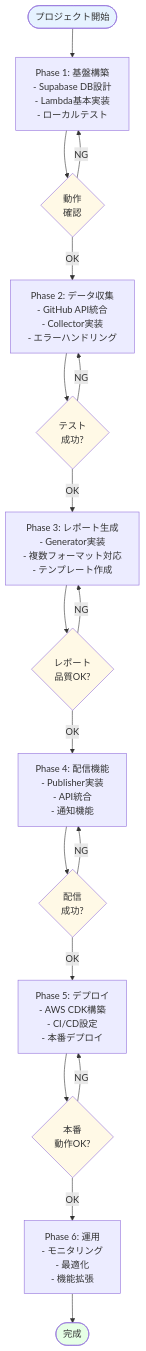
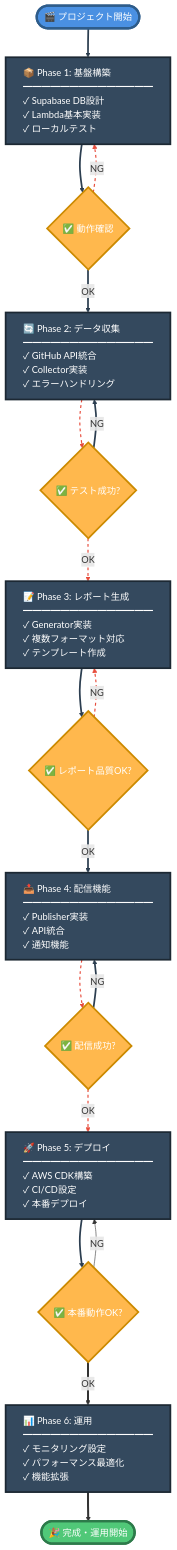
One commit to Gaku52/github-activity-aggregator changed the ninth of 9 diagrams in FLOW_DIAGRAMS.md. Above: the diagram before and after it, drawn with Mermaid. The commit also changed other lines of this file, not shown here.

First line of the commit message:
Improve flow diagrams with better visual design and clarity

````diff
--- a/FLOW_DIAGRAMS.md
+++ b/FLOW_DIAGRAMS.md
@@ -397,34 +734,73 @@
 ```mermaid
 graph TD
-    Start([プロジェクト開始]) --> Phase1[Phase 1: 基盤構築<br/>- Supabase DB設計<br/>- Lambda基本実装<br/>- ローカルテスト]
+    START([🎬 プロジェクト開始])
 
-    Phase1 --> Check1{動作<br/>確認}
-    Check1 -->|NG| Phase1
-    Check1 -->|OK| Phase2
+    %% Phase 1
+    P1[📦 Phase 1: 基盤構築<br/>━━━━━━━━━━━━━━<br/>✓ Supabase DB設計<br/>✓ Lambda基本実装<br/>✓ ローカルテスト]
+    C1{✅ 動作確認}
 
-    Phase2[Phase 2: データ収集<br/>- GitHub API統合<br/>- Collector実装<br/>- エラーハンドリング] --> Check2{テスト<br/>成功?}
-    Check2 -->|NG| Phase2
-    Check2 -->|OK| Phase3
+    %% Phase 2
+    P2[🔄 Phase 2: データ収集<br/>━━━━━━━━━━━━━━<br/>✓ GitHub API統合<br/>✓ Collector実装<br/>✓ エラーハンドリング]
+    C2{✅ テスト成功?}
 
-    Phase3[Phase 3: レポート生成<br/>- Generator実装<br/>- 複数フォーマット対応<br/>- テンプレート作成] --> Check3{レポート<br/>品質OK?}
-    Check3 -->|NG| Phase3
-    Check3 -->|OK| Phase4
+    %% Phase 3
+    P3[📝 Phase 3: レポート生成<br/>━━━━━━━━━━━━━━<br/>✓ Generator実装<br/>✓ 複数フォーマット対応<br/>✓ テンプレート作成]
+    C3{✅ レポート品質OK?}
 
-    Phase4[Phase 4: 配信機能<br/>- Publisher実装<br/>- API統合<br/>- 通知機能] --> Check4{配信<br/>成功?}
-    Check4 -->|NG| Phase4
-    Check4 -->|OK| Phase5
+    %% Phase 4
+    P4[📤 Phase 4: 配信機能<br/>━━━━━━━━━━━━━━<br/>✓ Publisher実装<br/>✓ API統合<br/>✓ 通知機能]
+    C4{✅ 配信成功?}
 
-    Phase5[Phase 5: デプロイ<br/>- AWS CDK構築<br/>- CI/CD設定<br/>- 本番デプロイ] --> Check5{本番<br/>動作OK?}
-    Check5 -->|NG| Phase5
-    Check5 -->|OK| Phase6
+    %% Phase 5
+    P5[🚀 Phase 5: デプロイ<br/>━━━━━━━━━━━━━━<br/>✓ AWS CDK構築<br/>✓ CI/CD設定<br/>✓ 本番デプロイ]
+    C5{✅ 本番動作OK?}
 
-    Phase6[Phase 6: 運用<br/>- モニタリング<br/>- 最適化<br/>- 機能拡張] --> Complete([完成])
+    %% Phase 6
+    P6[📊 Phase 6: 運用<br/>━━━━━━━━━━━━━━<br/>✓ モニタリング設定<br/>✓ パフォーマンス最適化<br/>✓ 機能拡張]
 
-    style Start fill:#E6F3FF
-    style Complete fill:#E6FFE6
-    style Check1 fill:#FFF9E6
-    style Check2 fill:#FFF9E6
-    style Check3 fill:#FFF9E6
-    style Check4 fill:#FFF9E6
-    style Check5 fill:#FFF9E6
+    COMPLETE([🎉 完成・運用開始])
+
+    %% フロー
+    START ==> P1
+    P1 ==> C1
+    C1 -->|NG| P1
+    C1 ==>|OK| P2
+
+    P2 ==> C2
+    C2 -->|NG| P2
+    C2 ==>|OK| P3
+
+    P3 ==> C3
+    C3 -->|NG| P3
+    C3 ==>|OK| P4
+
+    P4 ==> C4
+    C4 -->|NG| P4
+    C4 ==>|OK| P5
+
+    P5 ==> C5
+    C5 -->|NG| P5
+    C5 ==>|OK| P6
+
+    P6 ==> COMPLETE
+
+    %% スタイル
+    style START fill:#4A90E2,stroke:#2E5C8A,stroke-width:4px,color:#fff
+    style COMPLETE fill:#50C878,stroke:#2D7A4A,stroke-width:4px,color:#fff
+
+    style P1 fill:#34495E,stroke:#1C2833,stroke-width:3px,color:#fff,text-align:left
+    style P2 fill:#34495E,stroke:#1C2833,stroke-width:3px,color:#fff,text-align:left
+    style P3 fill:#34495E,stroke:#1C2833,stroke-width:3px,color:#fff,text-align:left
+    style P4 fill:#34495E,stroke:#1C2833,stroke-width:3px,color:#fff,text-align:left
+    style P5 fill:#34495E,stroke:#1C2833,stroke-width:3px,color:#fff,text-align:left
+    style P6 fill:#34495E,stroke:#1C2833,stroke-width:3px,color:#fff,text-align:left
+
+    style C1 fill:#FFB84D,stroke:#CC8A00,stroke-width:3px,color:#fff
+    style C2 fill:#FFB84D,stroke:#CC8A00,stroke-width:3px,color:#fff
+    style C3 fill:#FFB84D,stroke:#CC8A00,stroke-width:3px,color:#fff
+    style C4 fill:#FFB84D,stroke:#CC8A00,stroke-width:3px,color:#fff
+    style C5 fill:#FFB84D,stroke:#CC8A00,stroke-width:3px,color:#fff
+
+    linkStyle 0,1,3,5,7,9,11,13 stroke:#2C3E50,stroke-width:3px
+    linkStyle 2,4,6,8,10,12 stroke:#E74C3C,stroke-width:2px,stroke-dasharray:5
 ```
````
